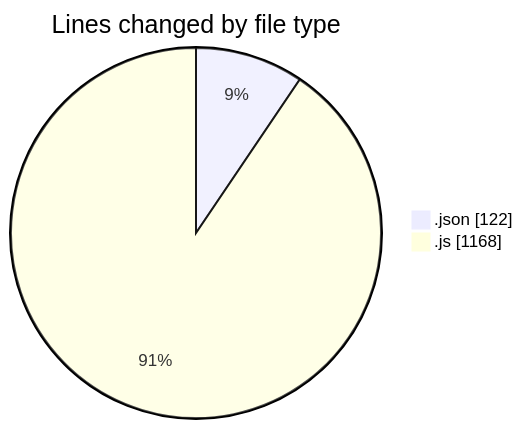
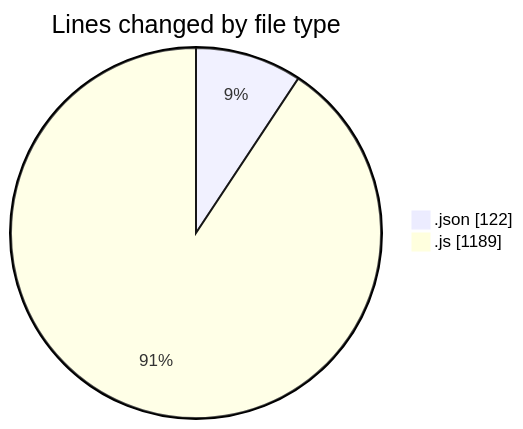
The first of 2 diagrams in 2025-07-15/eduwallet-main/README.md (lephambinh05/code-tracking), drawn with Mermaid before and after one commit. The commit also changed other lines of this file and 1 other file, not shown here.

````diff
--- a/2025-07-15/eduwallet-main/README.md
+++ b/2025-07-15/eduwallet-main/README.md
@@ -28,6 +28,6 @@
 ```mermaid
 pie showData
 title Lines changed by file type
 ".json" : 122
-".js" : 1168
+".js" : 1189
 ```
````
